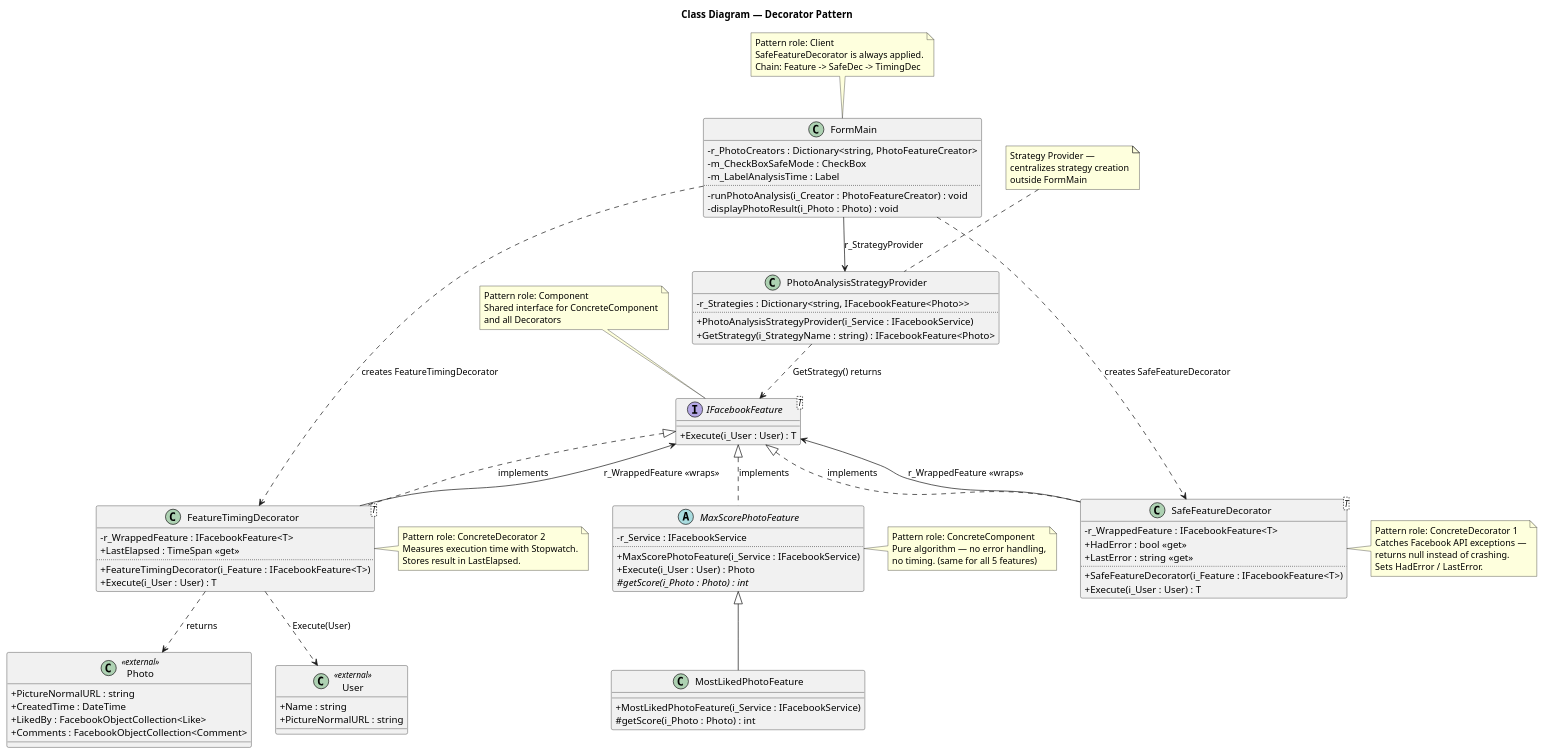
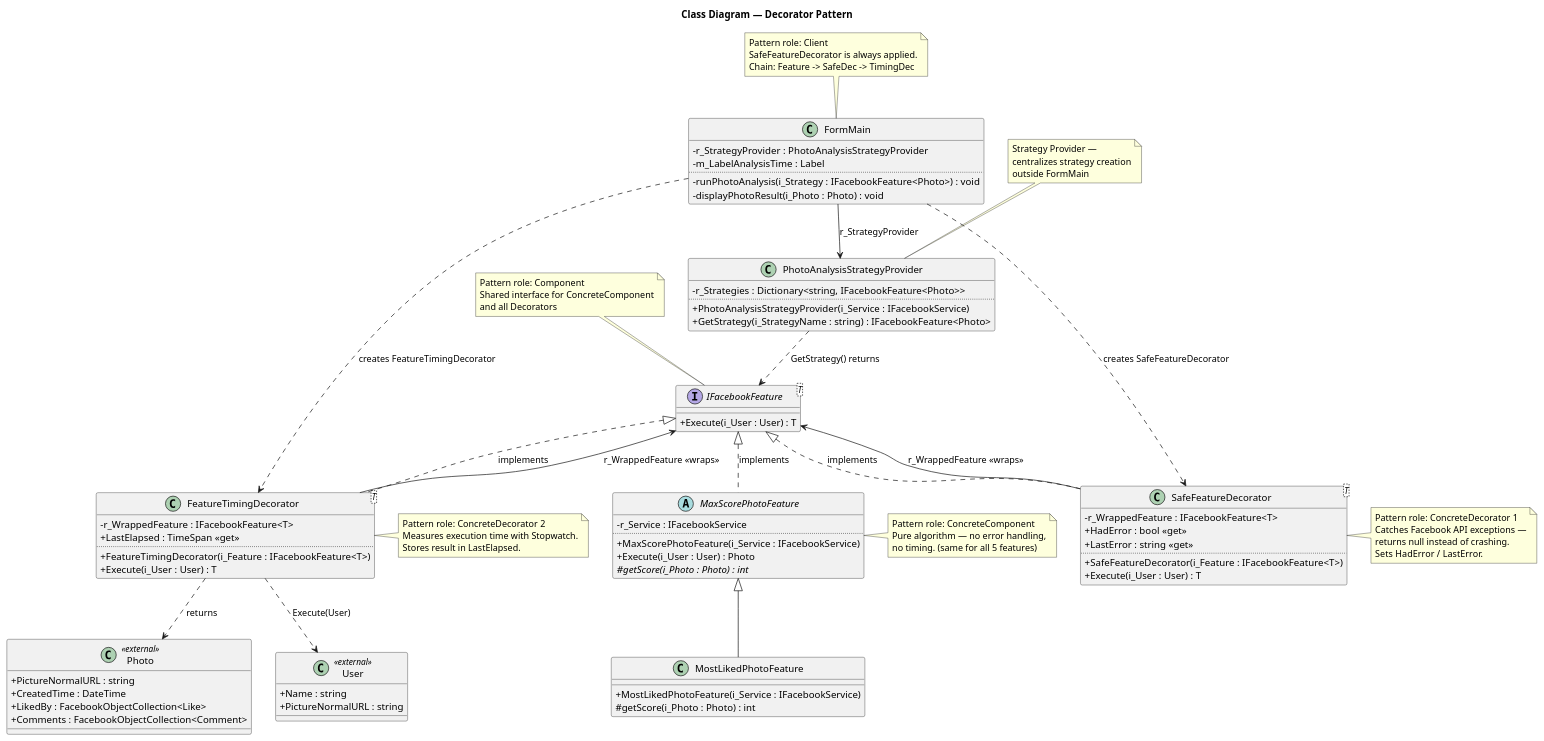
Before and after one commit to LotemKimchi/Application-Programming-Using-Design-Patterns: the diagram in Project3/B26 Ex03 LotemKimchi 318173481 ShaniSalomon 208573683 NEW/uml/Decorator_ClassDiagram.puml, drawn with PlantUML. The commit also changed 1 other file, not shown here.

Commit message:
Fix remaining Creator references in Decorator and TemplateMethod UML

```diff
--- a/Project3/B26 Ex03 LotemKimchi 318173481 ShaniSalomon 208573683 NEW/uml/Decorator_ClassDiagram.puml
+++ b/Project3/B26 Ex03 LotemKimchi 318173481 ShaniSalomon 208573683 NEW/uml/Decorator_ClassDiagram.puml
@@ -1,115 +1,114 @@
 @startuml
 title Class Diagram — Decorator Pattern
 
 skinparam classAttributeIconSize 0
 top to bottom direction
 
 interface "IFacebookFeature<T>" as IFeat {
     + Execute(i_User : User) : T
 }
 note top of IFeat
   Pattern role: Component
   Shared interface for ConcreteComponent
   and all Decorators
 end note
 
 abstract class MaxScorePhotoFeature {
     - r_Service : IFacebookService
     ..
     + MaxScorePhotoFeature(i_Service : IFacebookService)
     + Execute(i_User : User) : Photo
     # {abstract} getScore(i_Photo : Photo) : int
 }
 note right of MaxScorePhotoFeature
   Pattern role: ConcreteComponent
   Pure algorithm — no error handling,
   no timing. (same for all 5 features)
 end note
 
 class MostLikedPhotoFeature {
     + MostLikedPhotoFeature(i_Service : IFacebookService)
     # getScore(i_Photo : Photo) : int
 }
 
 class "SafeFeatureDecorator<T>" as SafeDec {
     - r_WrappedFeature : IFacebookFeature<T>
     + HadError : bool <<get>>
     + LastError : string <<get>>
     ..
     + SafeFeatureDecorator(i_Feature : IFacebookFeature<T>)
     + Execute(i_User : User) : T
 }
 note right of SafeDec
   Pattern role: ConcreteDecorator 1
   Catches Facebook API exceptions —
   returns null instead of crashing.
   Sets HadError / LastError.
 end note
 
 class "FeatureTimingDecorator<T>" as TimeDec {
     - r_WrappedFeature : IFacebookFeature<T>
     + LastElapsed : TimeSpan <<get>>
     ..
     + FeatureTimingDecorator(i_Feature : IFacebookFeature<T>)
     + Execute(i_User : User) : T
 }
 note right of TimeDec
   Pattern role: ConcreteDecorator 2
   Measures execution time with Stopwatch.
   Stores result in LastElapsed.
 end note
 
 class FormMain {
-    - r_PhotoCreators : Dictionary<string, PhotoFeatureCreator>
-    - m_CheckBoxSafeMode : CheckBox
+    - r_StrategyProvider : PhotoAnalysisStrategyProvider
     - m_LabelAnalysisTime : Label
     ..
-    - runPhotoAnalysis(i_Creator : PhotoFeatureCreator) : void
+    - runPhotoAnalysis(i_Strategy : IFacebookFeature<Photo>) : void
     - displayPhotoResult(i_Photo : Photo) : void
 }
 note top of FormMain
   Pattern role: Client
   SafeFeatureDecorator is always applied.
   Chain: Feature -> SafeDec -> TimingDec
 end note
 
 class PhotoAnalysisStrategyProvider {
     - r_Strategies : Dictionary<string, IFacebookFeature<Photo>>
     ..
     + PhotoAnalysisStrategyProvider(i_Service : IFacebookService)
     + GetStrategy(i_StrategyName : string) : IFacebookFeature<Photo>
 }
 note top of PhotoAnalysisStrategyProvider
   Strategy Provider —
   centralizes strategy creation
   outside FormMain
 end note
 
 class User <<external>> {
     + Name : string
     + PictureNormalURL : string
 }
 
 class Photo <<external>> {
     + PictureNormalURL : string
     + CreatedTime : DateTime
     + LikedBy : FacebookObjectCollection<Like>
     + Comments : FacebookObjectCollection<Comment>
 }
 
 IFeat <|.. MaxScorePhotoFeature : implements
 IFeat <|.. SafeDec : implements
 IFeat <|.. TimeDec : implements
 MaxScorePhotoFeature <|-- MostLikedPhotoFeature
 
 SafeDec --> IFeat : r_WrappedFeature <<wraps>>
 TimeDec --> IFeat : r_WrappedFeature <<wraps>>
 
 FormMain --> PhotoAnalysisStrategyProvider : r_StrategyProvider
 PhotoAnalysisStrategyProvider ..> IFeat : GetStrategy() returns
 FormMain ..> SafeDec : creates SafeFeatureDecorator
 FormMain ..> TimeDec : creates FeatureTimingDecorator
 TimeDec ..> User : Execute(User)
 TimeDec ..> Photo : returns
 
 @enduml
```
